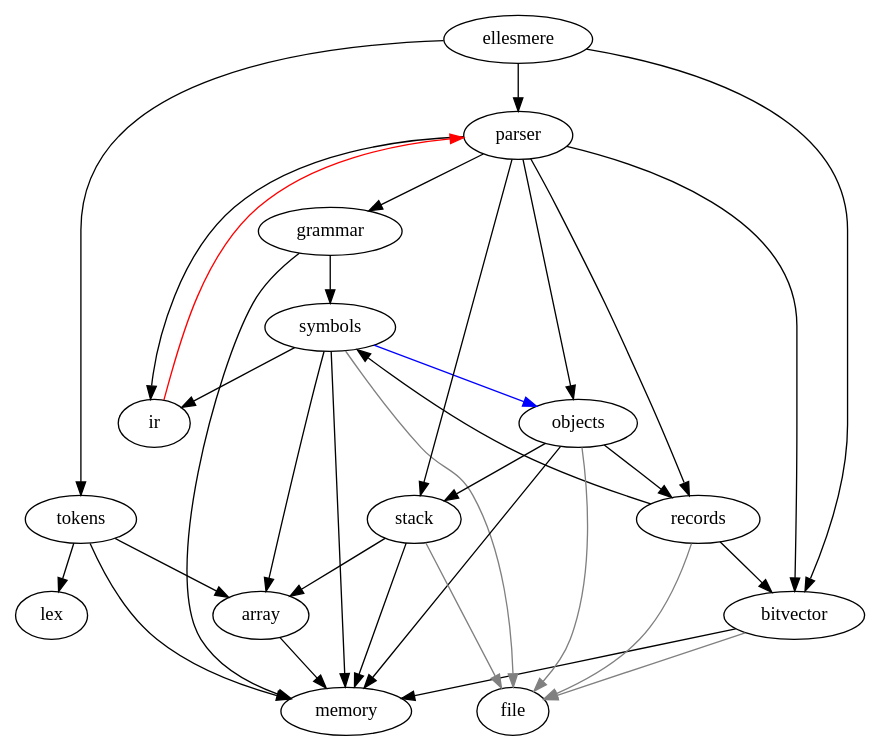
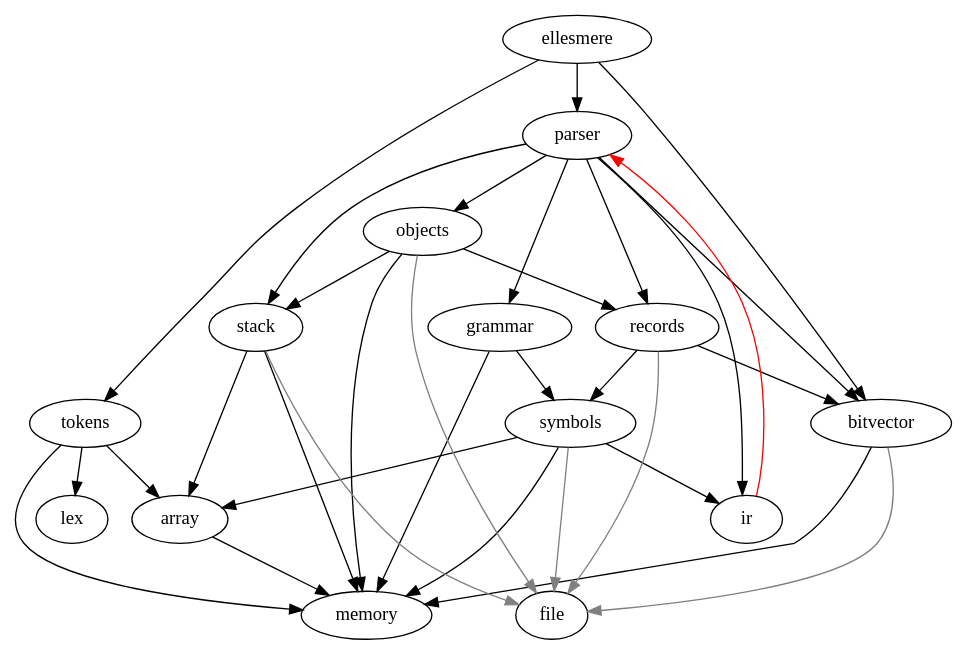
One commit to prdoyle/ellesmere changed the diagram in modules.dot. Above: the diagram before and after it, drawn with Graphviz. The commit also changed 8 other files, not shown here.

```diff
--- a/modules.dot
+++ b/modules.dot
@@ -1,43 +1,42 @@
 
 digraph "Module dependencies" {
 	ellesmere [ rank=source ]
 	array      -> memory
 	bitvector  -> memory
 	grammar    -> memory
 	symbols    -> memory
 	tokens     -> memory
 	records    -> symbols
 	records    -> bitvector
 	objects    -> records
 	objects    -> stack
 	objects    -> memory
 	stack      -> memory
 	parser     -> bitvector
 	parser     -> objects
 	parser     -> stack
 	parser     -> records
 	ellesmere  -> parser
 	ellesmere  -> tokens
 	ellesmere  -> bitvector
 	stack      -> array
 	symbols    -> array
 	tokens     -> array
 	grammar    -> symbols
 	parser     -> grammar
-	parser     -> ir
+	parser     -> ir  // OMIT
 	tokens     -> lex
-	symbols    -> ir  // Is this one ok?
+	symbols    -> ir  // OMIT: Is this one ok?
 
-	// Back-edges to eliminate
-	symbols    -> objects [ color=blue weight=0 ]  // objects.c should manage the tokens, not symbols.c
+	//symbols    -> objects [ color=blue weight=0 ]  // OMIT: objects.c should manage the tokens, not symbols.c
 
 	// Bad dependencies
-	ir         -> parser  [ color=red  weight=0 ]  // This should be in its own file
+	ir         -> parser  [ color=red  weight=0 ]  // OMIT: This should be in its own file
 
 	// Everything seems to depend on file
 	bitvector  -> file    [ color=grey weight=0 ]
 	objects    -> file    [ color=grey weight=0 ]
 	records    -> file    [ color=grey weight=0 ]
 	stack      -> file    [ color=grey weight=0 ]
 	symbols    -> file    [ color=grey weight=0 ]
 }
```
